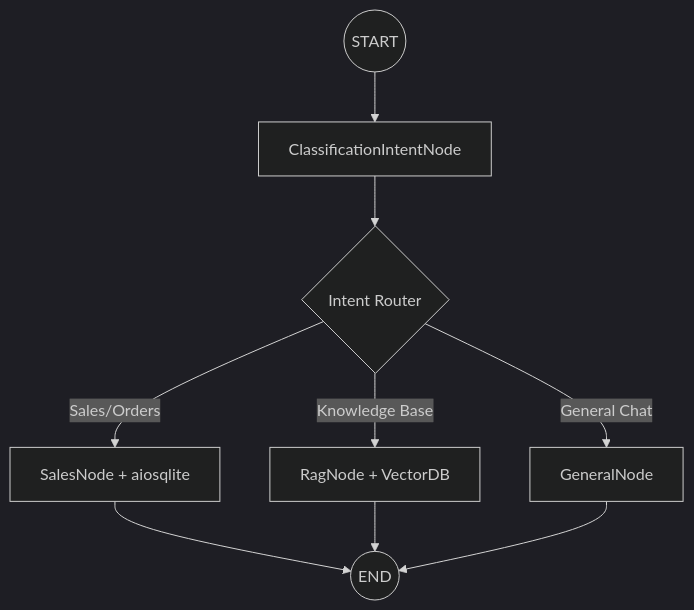
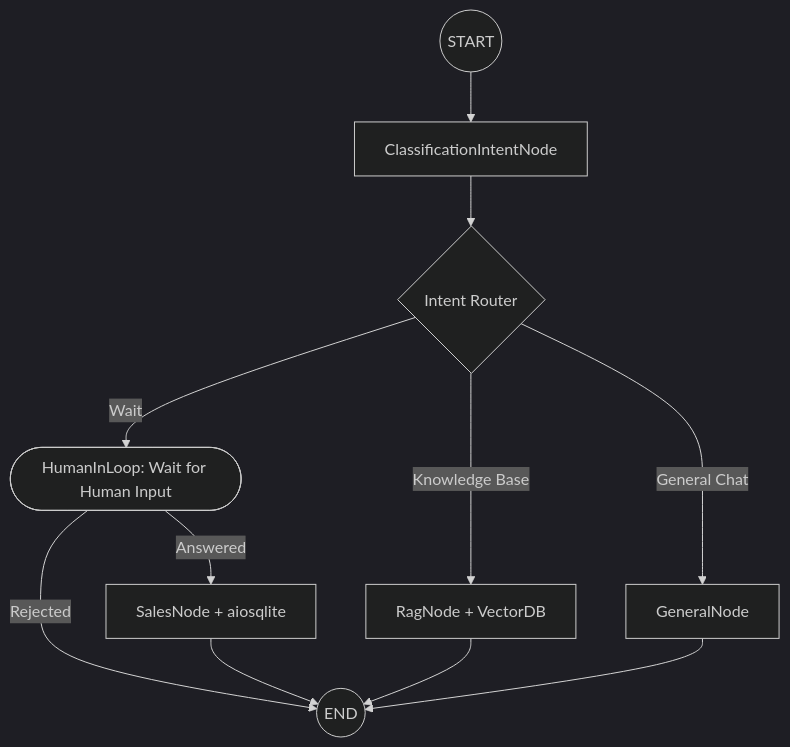
The diagram in README.md (sahinulhaque/auto-support-pilot), drawn with Mermaid (dark theme) before and after one commit. The commit also changed other lines of this file, not shown here.

Commit message:
added Humaninloop in readme

````diff
--- a/README.md
+++ b/README.md
@@ -40,14 +41,17 @@
 ```mermaid
 graph TD
     Start((START)) --> Classify[ClassificationIntentNode]
     Classify --> Router{Intent Router}
     
-    Router -->|Sales/Orders| Sales[SalesNode + aiosqlite]
+    Router -->|Wait| HumanInLoop([HumanInLoop: Wait for Human Input])
     Router -->|Knowledge Base| RAG[RagNode + VectorDB]
     Router -->|General Chat| General[GeneralNode]
+
+    HumanInLoop -- "Answered" --> Sales[SalesNode + aiosqlite]
+    HumanInLoop -- "Rejected" --> End((END))
     
-    Sales --> End((END))
+    Sales --> End
     RAG --> End
     General --> End
 
 ```
````
